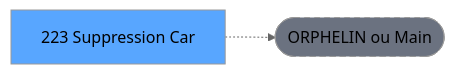
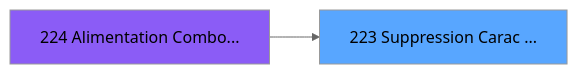
The second of 3 diagrams in .openspec/specs/ADH-IDE-223.md (thonyAGP/magic-migration), drawn with Mermaid (neutral theme) before and after one commit. The commit also changed other lines of this file and 493 other files, not shown here.

````diff
--- a/.openspec/specs/ADH-IDE-223.md
+++ b/.openspec/specs/ADH-IDE-223.md
@@ -121,8 +152,8 @@
 ```mermaid
 graph LR
-    T[223 Suppression Car]
-    ORPHAN([ORPHELIN ou Main])
-    T -.-> ORPHAN
-    style T fill:#58a6ff,color:#000
-    style ORPHAN fill:#6b7280,stroke-dasharray: 5 5
+    T223[223 Suppression Carac ...]
+    style T223 fill:#58a6ff
+    CC224[224 Alimentation Combo...]
+    style CC224 fill:#8b5cf6
+    CC224 --> T223
 ```
````
